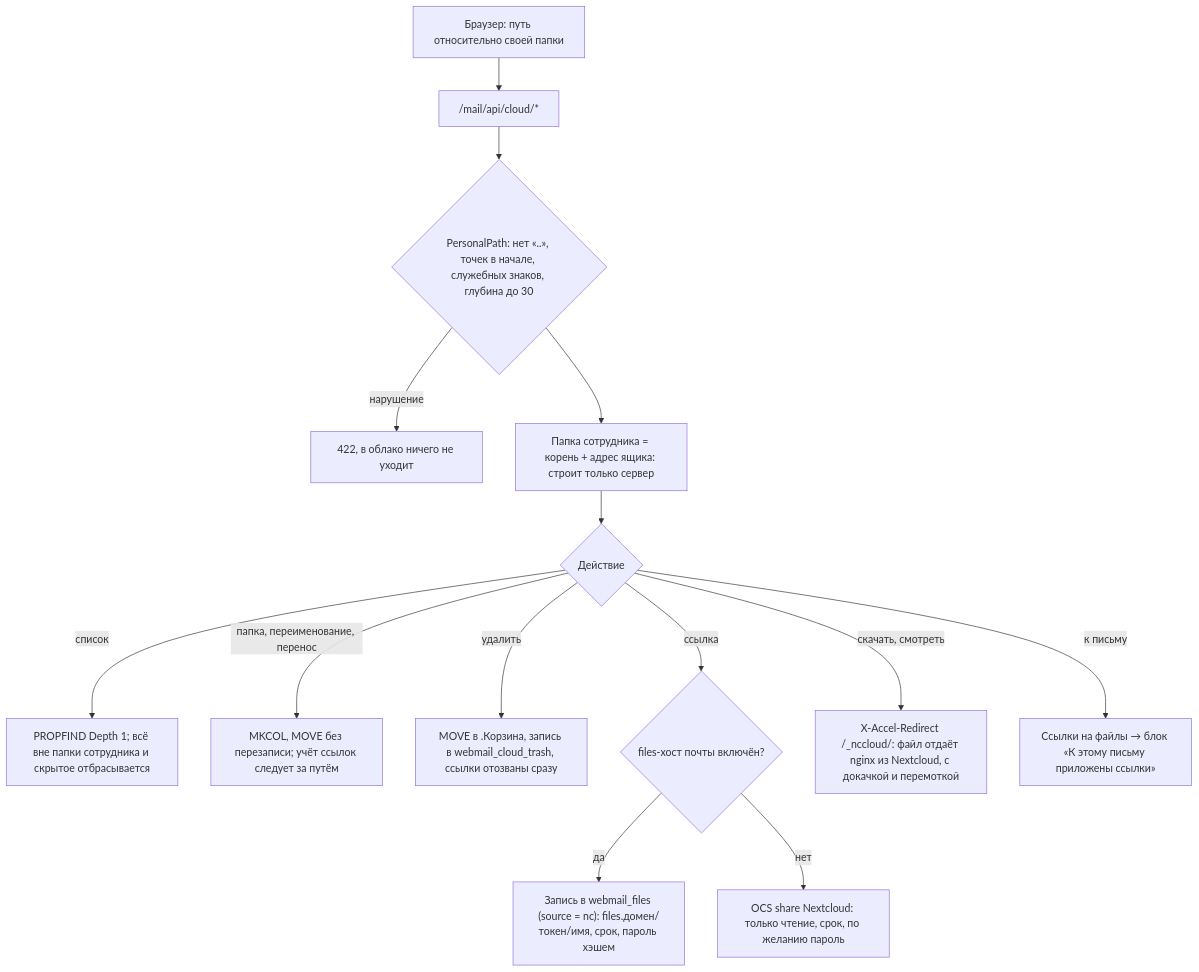
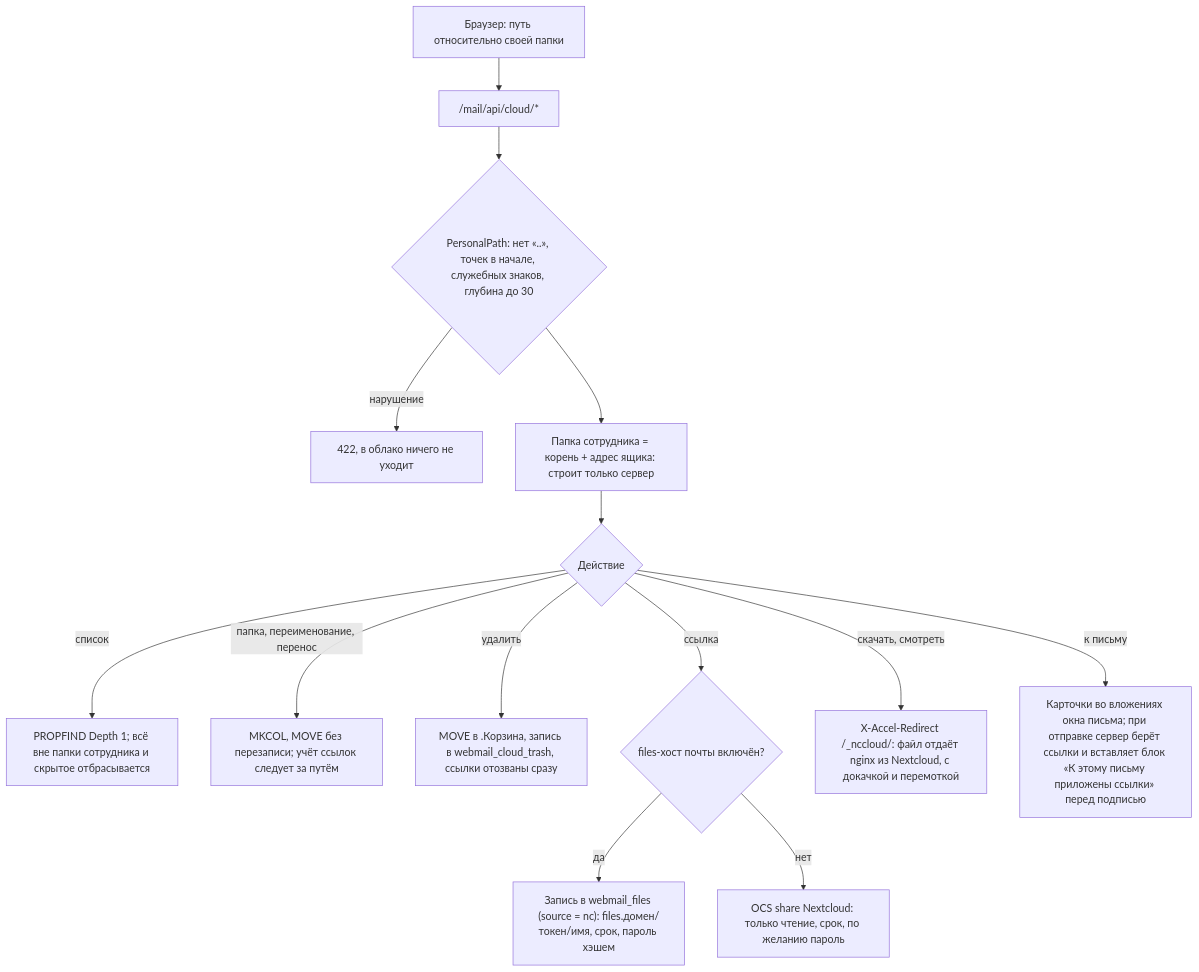
Before and after one commit to crowartie/mailadmin: the first of 3 diagrams in docs/processes/personal-cloud.md, drawn with Mermaid. The commit also changed other lines of this file and 8 other files, not shown here.

First line of the commit message:
Облако: файлы из облака в окне письма — карточками, как вложения

````diff
--- a/docs/processes/personal-cloud.md
+++ b/docs/processes/personal-cloud.md
@@ -8,16 +8,16 @@
 ```mermaid
 flowchart TD
     B["Браузер: путь относительно своей папки"] --> API["/mail/api/cloud/*"]
     API --> PP{"PersonalPath: нет «..», точек в начале, служебных знаков, глубина до 30"}
     PP -->|нарушение| E422["422, в облако ничего не уходит"]
     PP --> HOME["Папка сотрудника = корень + адрес ящика: строит только сервер"]
     HOME --> OP{"Действие"}
     OP -->|список| PF["PROPFIND Depth 1; всё вне папки сотрудника и скрытое отбрасывается"]
     OP -->|папка, переименование, перенос| MK["MKCOL, MOVE без перезаписи; учёт ссылок следует за путём"]
     OP -->|удалить| TR["MOVE в .Корзина, запись в webmail_cloud_trash, ссылки отозваны сразу"]
     OP -->|ссылка| HOST{"files-хост почты включён?"}
     HOST -->|да| FL["Запись в webmail_files (source = nc): files.домен/токен/имя, срок, пароль хэшем"]
     HOST -->|нет| SH["OCS share Nextcloud: только чтение, срок, по желанию пароль"]
     OP -->|скачать, смотреть| XA["X-Accel-Redirect /_nccloud/: файл отдаёт nginx из Nextcloud, с докачкой и перемоткой"]
-    OP -->|к письму| AT["Ссылки на файлы → блок «К этому письму приложены ссылки»"]
+    OP -->|к письму| AT["Карточки во вложениях окна письма; при отправке сервер берёт ссылки и вставляет блок «К этому письму приложены ссылки» перед подписью"]
 ```
````
